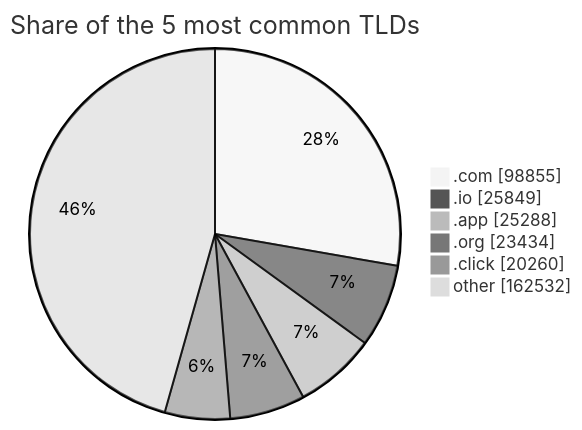
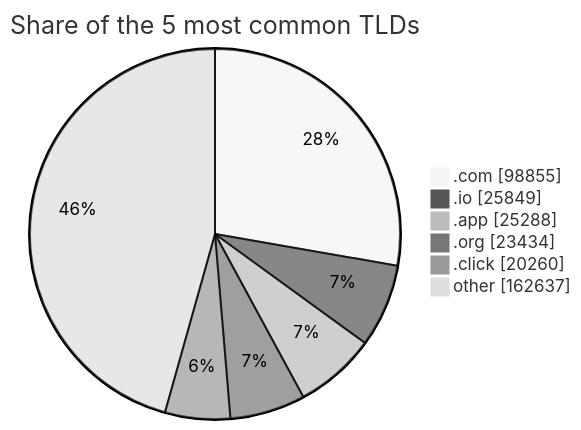
The third of 3 diagrams in README.md (DNSBunker/CTI), drawn with Mermaid (neutral theme) before and after one commit. The commit also changed other lines of this file and 3 other files, not shown here.

````diff
--- a/README.md
+++ b/README.md
@@ -81,9 +81,9 @@
 ```mermaid
 pie showData title Share of the 5 most common TLDs
     ".com" : 98855
     ".io" : 25849
     ".app" : 25288
     ".org" : 23434
     ".click" : 20260
-    "other" : 162532
+    "other" : 162637
 ```
````
